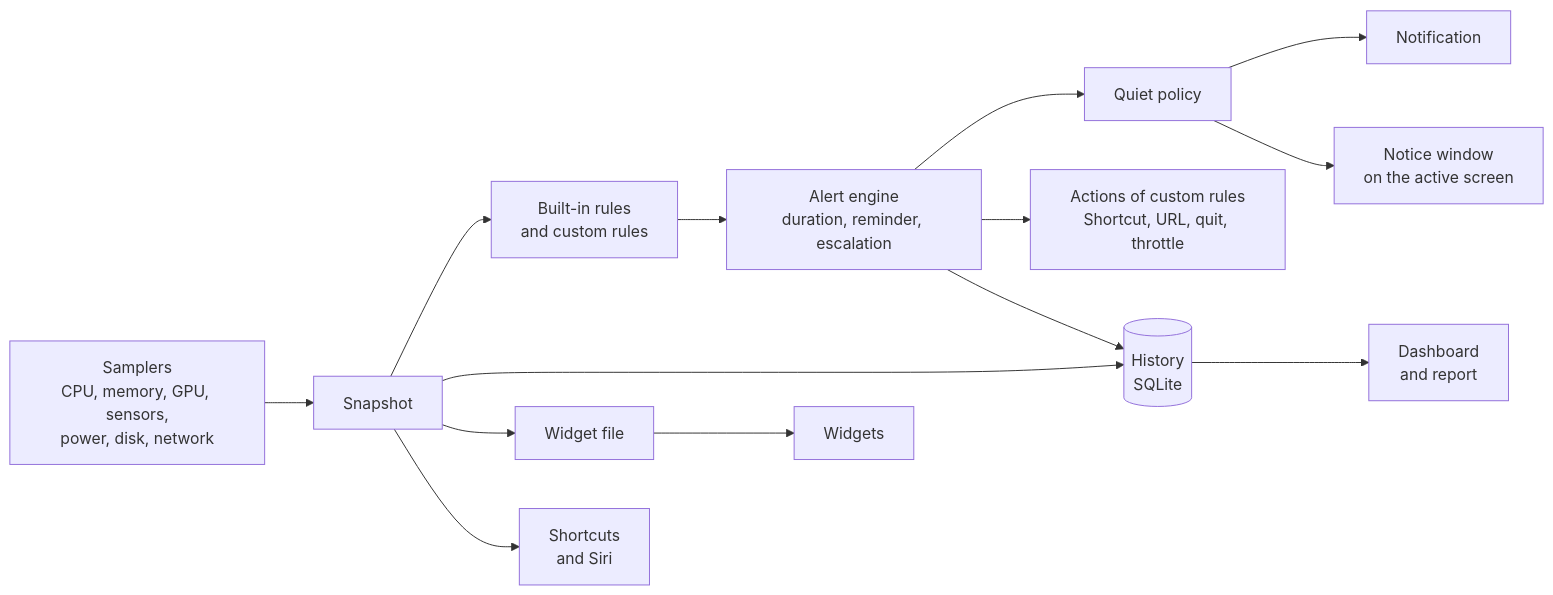
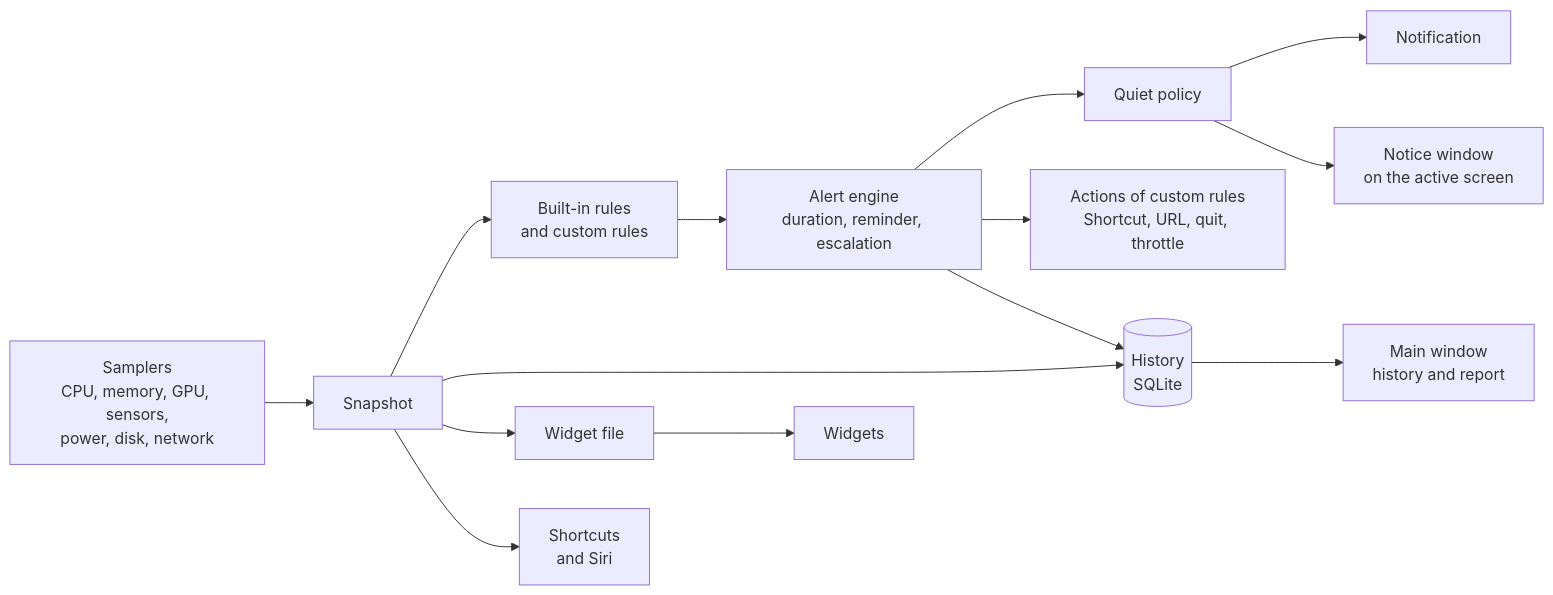
The first of 2 diagrams in README.md (fbrogno/mac-monitor), drawn with Mermaid before and after one commit. The commit also changed other lines of this file and 36 other files, not shown here.

````diff
--- a/README.md
+++ b/README.md
@@ -316,16 +333,16 @@
 ```mermaid
 flowchart LR
     S["Samplers<br/>CPU, memory, GPU, sensors,<br/>power, disk, network"] --> N["Snapshot"]
     N --> R["Built-in rules<br/>and custom rules"]
     R --> E["Alert engine<br/>duration, reminder, escalation"]
     E --> Q["Quiet policy"]
     Q --> B["Notification"]
     Q --> O["Notice window<br/>on the active screen"]
     E --> A["Actions of custom rules<br/>Shortcut, URL, quit, throttle"]
     N --> H[("History<br/>SQLite")]
     E --> H
-    H --> D["Dashboard<br/>and report"]
+    H --> D["Main window<br/>history and report"]
     N --> W["Widget file"]
     W --> WG["Widgets"]
     N --> I["Shortcuts<br/>and Siri"]
 ```
````
